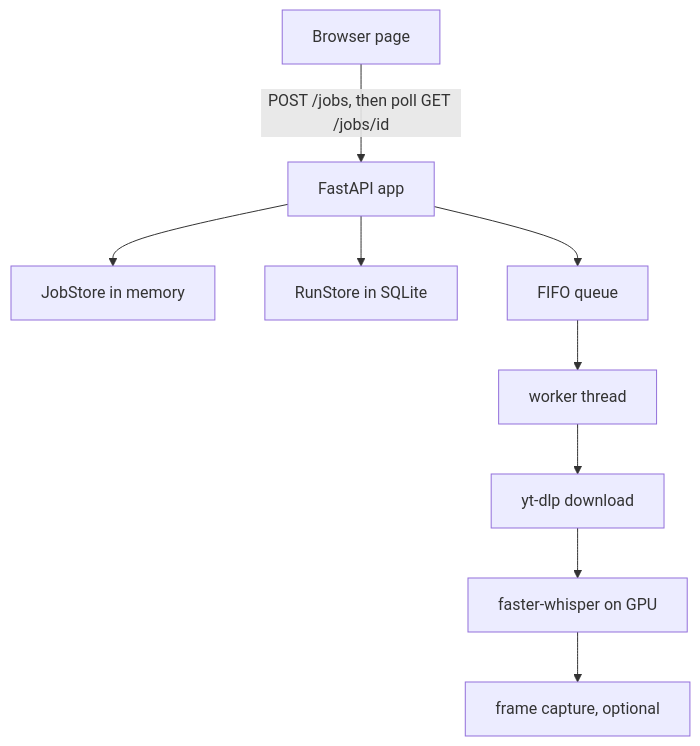
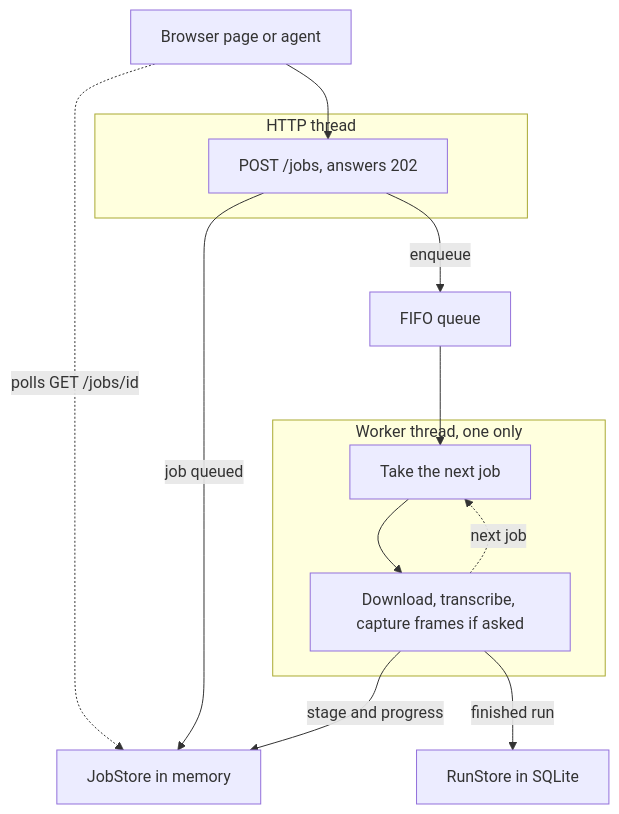
Before and after one commit to kevpdev/yt-transcriber: the diagram in aidd_docs/memory/architecture.md, drawn with Mermaid. The commit also changed other lines of this file and 1 other file, not shown here.

Commit message:
docs(architecture): draw the two threads around the job queue

````diff
--- a/aidd_docs/memory/architecture.md
+++ b/aidd_docs/memory/architecture.md
@@ -15,11 +17,24 @@
 ```mermaid
 flowchart TD
-    page["Browser page"] -->|"POST /jobs, then poll GET /jobs/id"| api["FastAPI app"]
-    api --> store["JobStore in memory"]
-    api --> runs["RunStore in SQLite"]
-    api --> queue["FIFO queue"]
-    queue --> worker["worker thread"]
-    worker --> audio["yt-dlp download"]
-    audio --> whisper["faster-whisper on GPU"]
-    whisper --> capture["frame capture, optional"]
+    caller["Browser page or agent"]
+    subgraph http["HTTP thread"]
+        post["POST /jobs, answers 202"]
+    end
+    store["JobStore in memory"]
+    queue["FIFO queue"]
+    subgraph worker["Worker thread, one only"]
+        take["Take the next job"]
+        run["Download, transcribe, capture frames if asked"]
+    end
+    runs["RunStore in SQLite"]
+
+    caller --> post
+    caller -.->|"polls GET /jobs/id"| store
+    post -->|"job queued"| store
+    post -->|"enqueue"| queue
+    queue --> take
+    take --> run
+    run -->|"stage and progress"| store
+    run -->|"finished run"| runs
+    run -.->|"next job"| take
 ```
````
